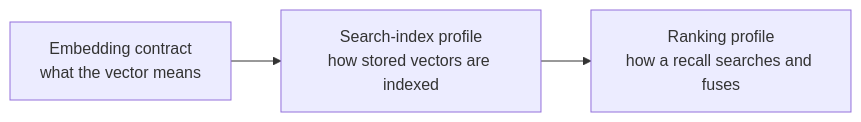
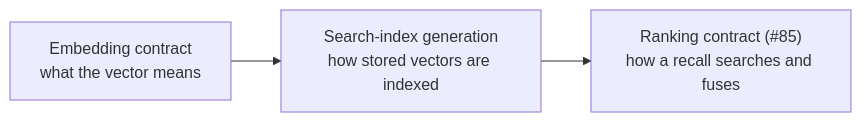
One commit to markhuangai/dense-mem changed the fourth of 7 diagrams in ANN-HNSW-And-Halfvec.md. Above: the diagram before and after it, drawn with Mermaid. The commit also changed other lines of this file and 13 other files, not shown here.

Commit message:
Document V2 search contract generations

````diff
--- a/ANN-HNSW-And-Halfvec.md
+++ b/ANN-HNSW-And-Halfvec.md
@@ -165,6 +214,6 @@
 ```mermaid
 %%{init: {"flowchart": {"curve": "linear"}}}%%
 flowchart LR
-  Embed["Embedding contract<br/>what the vector means"] --> Index["Search-index profile<br/>how stored vectors are indexed"]
-  Index --> Rank["Ranking profile<br/>how a recall searches and fuses"]
+  Embed["Embedding contract<br/>what the vector means"] --> Index["Search-index generation<br/>how stored vectors are indexed"]
+  Index --> Rank["Ranking contract (#85)<br/>how a recall searches and fuses"]
 ```
````
